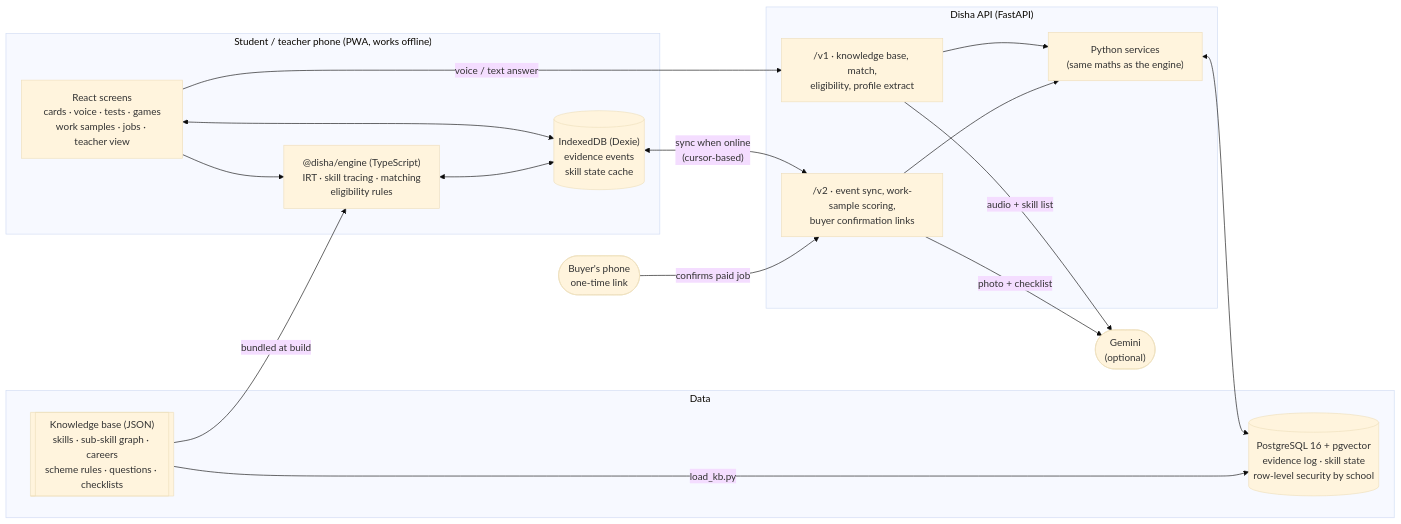
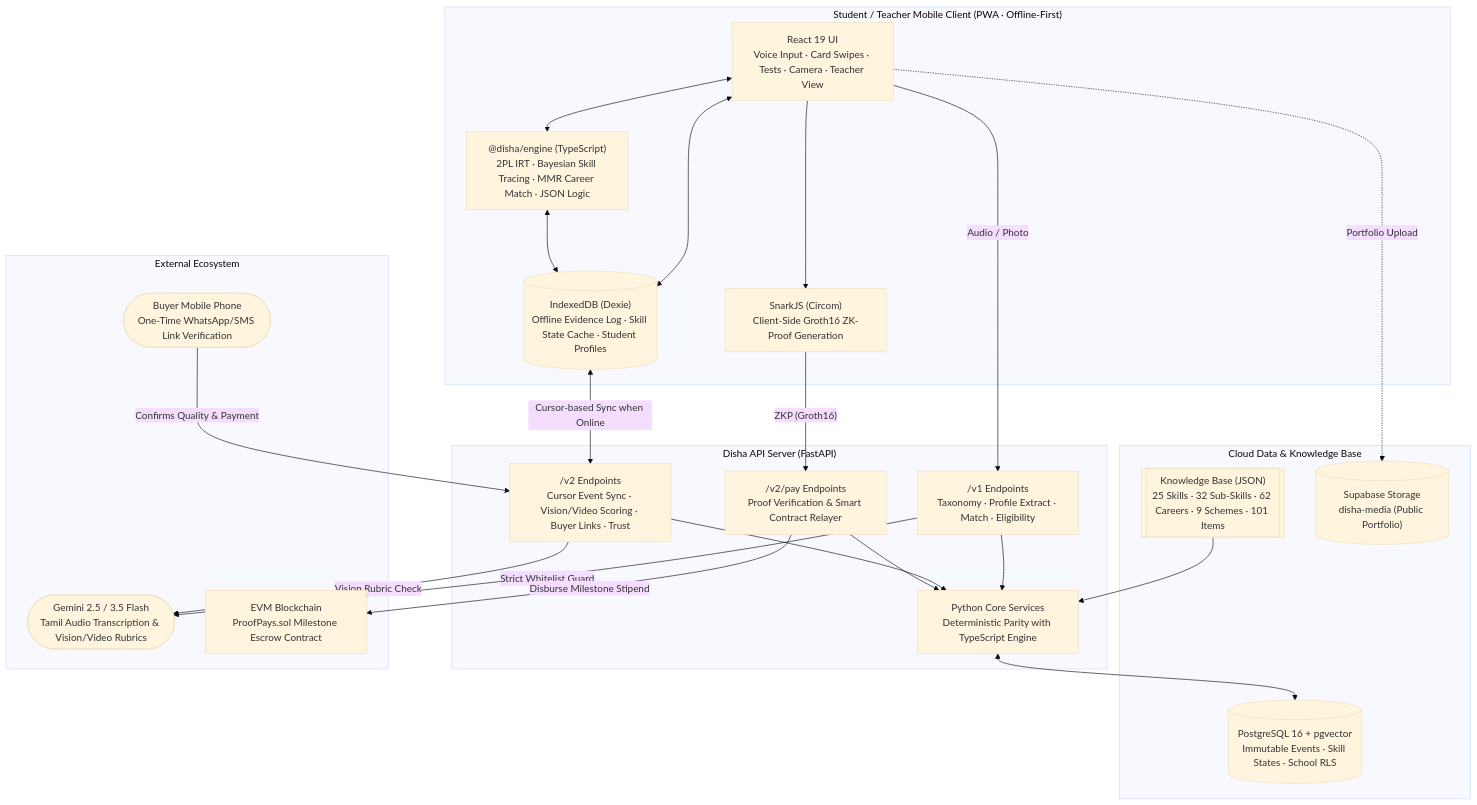
The diagram in README.md (Prahalya05/cih26), drawn with Mermaid (base theme) before and after one commit. The commit also changed other lines of this file and 41 other files, not shown here.

````diff
--- a/README.md
+++ b/README.md
@@ -32,36 +58,46 @@
 ```mermaid
-flowchart LR
-    subgraph Phone["Student / teacher phone (PWA, works offline)"]
-        UI["React screens<br/>cards · voice · tests · games<br/>work samples · jobs · teacher view"]
-        ENG["@disha/engine (TypeScript)<br/>IRT · skill tracing · matching<br/>eligibility rules"]
-        IDB[("IndexedDB (Dexie)<br/>evidence events<br/>skill state cache")]
-        UI --> ENG
+flowchart TD
+    subgraph Client["Student / Teacher Mobile Client (PWA · Offline-First)"]
+        UI["React 19 UI<br/>Voice Input · Card Swipes · Tests · Camera · Teacher View"]
+        ENG["@disha/engine (TypeScript)<br/>2PL IRT · Bayesian Skill Tracing · MMR Career Match · JSON Logic"]
+        IDB[("IndexedDB (Dexie)<br/>Offline Evidence Log · Skill State Cache · Student Profiles")]
+        ZK["SnarkJS (Circom)<br/>Client-Side Groth16 ZK-Proof Generation"]
+        UI <--> ENG
         UI <--> IDB
         ENG <--> IDB
+        UI --> ZK
     end
 
-    subgraph Server["Disha API (FastAPI)"]
-        V1["/v1 · knowledge base, match,<br/>eligibility, profile extract"]
-        V2["/v2 · event sync, work-sample scoring,<br/>buyer confirmation links"]
-        SVC["Python services<br/>(same maths as the engine)"]
-        V1 --> SVC
-        V2 --> SVC
+    subgraph Backend["Disha API Server (FastAPI)"]
+        V1["/v1 Endpoints<br/>Taxonomy · Profile Extract · Match · Eligibility"]
+        V2["/v2 Endpoints<br/>Cursor Event Sync · Vision/Video Scoring · Buyer Links · Trust"]
+        PAY["/v2/pay Endpoints<br/>Proof Verification & Smart Contract Relayer"]
+        MATH["Python Core Services<br/>Deterministic Parity with TypeScript Engine"]
+        V1 --> MATH
+        V2 --> MATH
+        PAY --> MATH
     end
 
-    subgraph Data["Data"]
-        PG[("PostgreSQL 16 + pgvector<br/>evidence log · skill state<br/>row-level security by school")]
-        KB[["Knowledge base (JSON)<br/>skills · sub-skill graph · careers<br/>scheme rules · questions · checklists"]]
+    subgraph Storage["Cloud Data & Knowledge Base"]
+        PG[("PostgreSQL 16 + pgvector<br/>Immutable Events · Skill States · School RLS")]
+        KB[["Knowledge Base (JSON)<br/>25 Skills · 32 Sub-Skills · 62 Careers · 9 Schemes · 101 Items"]]
+        MEDIA[("Supabase Storage<br/>disha-media (Public Portfolio)")]
     end
 
-    GEM(["Gemini<br/>(optional)"])
-    BUYER(["Buyer's phone<br/>one-time link"])
+    subgraph External["External Ecosystem"]
+        GEM(["Gemini 2.5 / 3.5 Flash<br/>Tamil Audio Transcription & Vision/Video Rubrics"])
+        BUYER(["Buyer Mobile Phone<br/>One-Time WhatsApp/SMS Link Verification"])
+        CHAIN["EVM Blockchain<br/>ProofPays.sol Milestone Escrow Contract"]
+    end
 
-    IDB <-- "sync when online<br/>(cursor-based)" --> V2
-    UI -- "voice / text answer" --> V1
-    V1 -- "audio + skill list" --> GEM
-    V2 -- "photo + checklist" --> GEM
-    BUYER -- "confirms paid job" --> V2
-    SVC <--> PG
-    KB -- "load_kb.py" --> PG
-    KB -- "bundled at build" --> ENG
+    IDB <-- "Cursor-based Sync when Online" --> V2
+    UI -- "Audio / Photo" --> V1
+    V1 -- "Strict Whitelist Guard" --> GEM
+    V2 -- "Vision Rubric Check" --> GEM
+    BUYER -- "Confirms Quality & Payment" --> V2
+    ZK -- "ZKP (Groth16)" --> PAY
+    PAY -- "Disburse Milestone Stipend" --> CHAIN
+    MATH <--> PG
+    KB --> MATH
+    UI -. "Portfolio Upload" .-> MEDIA
 ```
````
